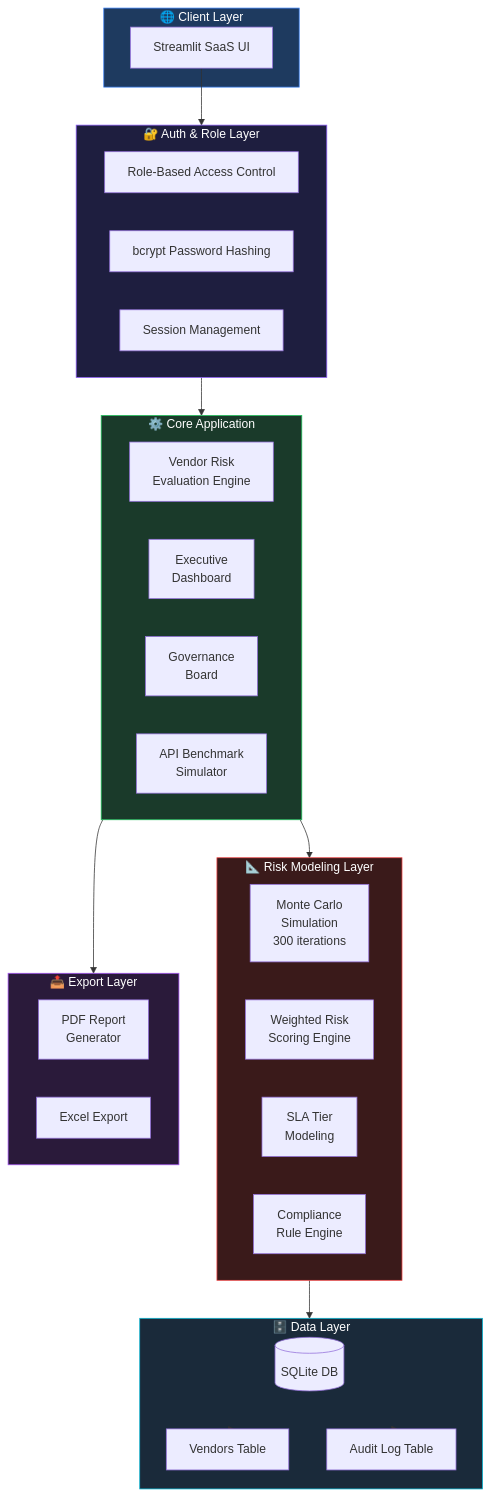
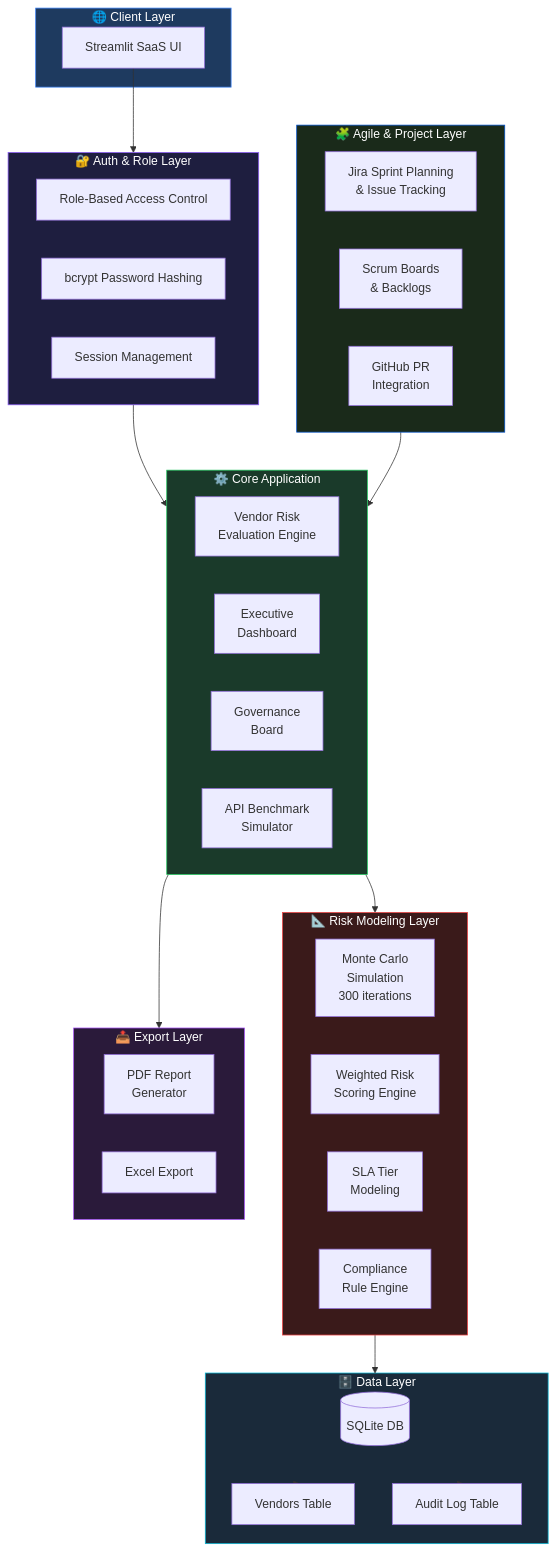
One commit to debasmita30/Enterprise-AI-Governance-Risk-Intelligence-Platform changed the first of 4 diagrams in README.md. Above: the diagram before and after it, drawn with Mermaid. The commit also changed other lines of this file, not shown here.

````diff
--- a/README.md
+++ b/README.md
@@ -257,53 +258,61 @@
 ```mermaid
 graph TB
     subgraph CLIENT["🌐 Client Layer"]
         UI[Streamlit SaaS UI]
     end
 
     subgraph AUTH["🔐 Auth & Role Layer"]
         RBAC[Role-Based Access Control]
         BCRYPT[bcrypt Password Hashing]
         SESSIONS[Session Management]
     end
 
     subgraph CORE["⚙️ Core Application"]
         direction LR
         EVAL[Vendor Risk\nEvaluation Engine]
         DASH[Executive\nDashboard]
         GOV[Governance\nBoard]
         BENCH[API Benchmark\nSimulator]
     end
 
     subgraph MODEL["📐 Risk Modeling Layer"]
         MONTE[Monte Carlo\nSimulation\n300 iterations]
         WEIGHT[Weighted Risk\nScoring Engine]
         SLA[SLA Tier\nModeling]
         COMP[Compliance\nRule Engine]
     end
 
     subgraph DATA["🗄️ Data Layer"]
         DB[(SQLite DB)]
         VENDORS[Vendors Table]
         AUDIT[Audit Log Table]
     end
 
     subgraph EXPORT["📤 Export Layer"]
         PDF[PDF Report\nGenerator]
         EXCEL[Excel Export]
     end
 
+    subgraph AGILE["🧩 Agile & Project Layer"]
+        JIRA[Jira Sprint Planning\n& Issue Tracking]
+        SPRINTS[Scrum Boards\n& Backlogs]
+        GH[GitHub PR\nIntegration]
+    end
+
     UI --> AUTH
     AUTH --> CORE
     CORE --> MODEL
     MODEL --> DATA
     CORE --> EXPORT
     DATA --> VENDORS
     DATA --> AUDIT
+    AGILE --> CORE
 
     style CLIENT fill:#1e3a5f,stroke:#3b82f6,color:#fff
     style AUTH fill:#1e1e3f,stroke:#8b5cf6,color:#fff
     style CORE fill:#1a3a2a,stroke:#22c55e,color:#fff
     style MODEL fill:#3a1a1a,stroke:#ef4444,color:#fff
     style DATA fill:#1a2a3a,stroke:#06b6d4,color:#fff
     style EXPORT fill:#2a1a3a,stroke:#a855f7,color:#fff
+    style AGILE fill:#1a2a1a,stroke:#0052CC,color:#fff
 ```
````
